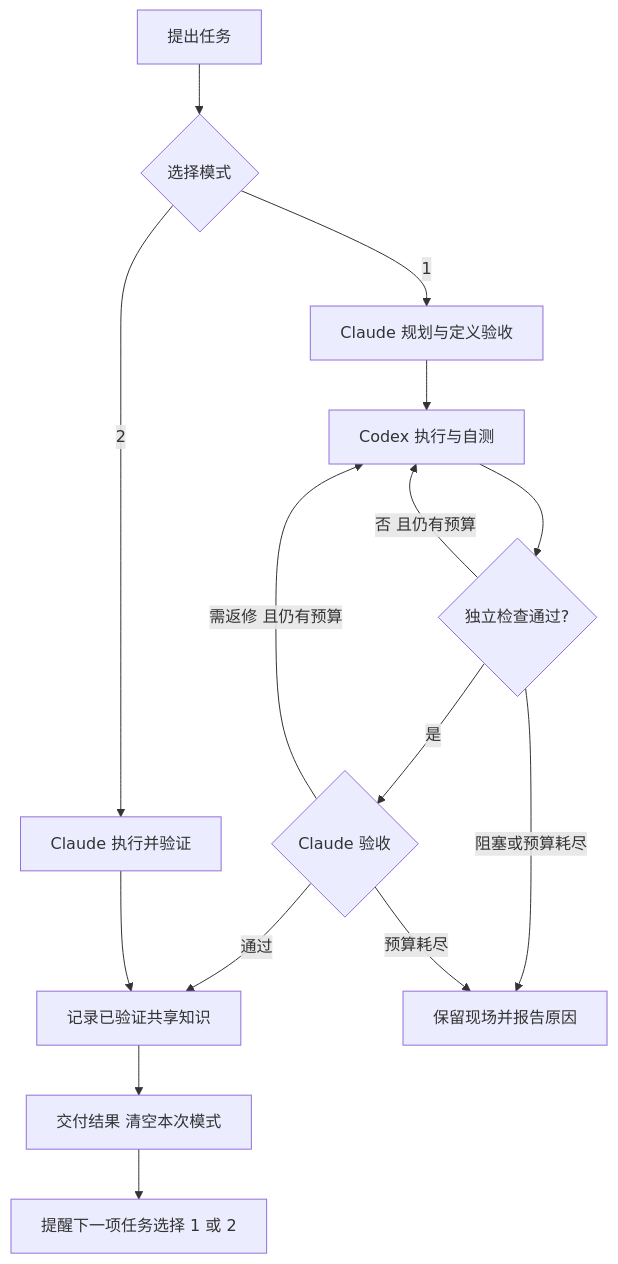
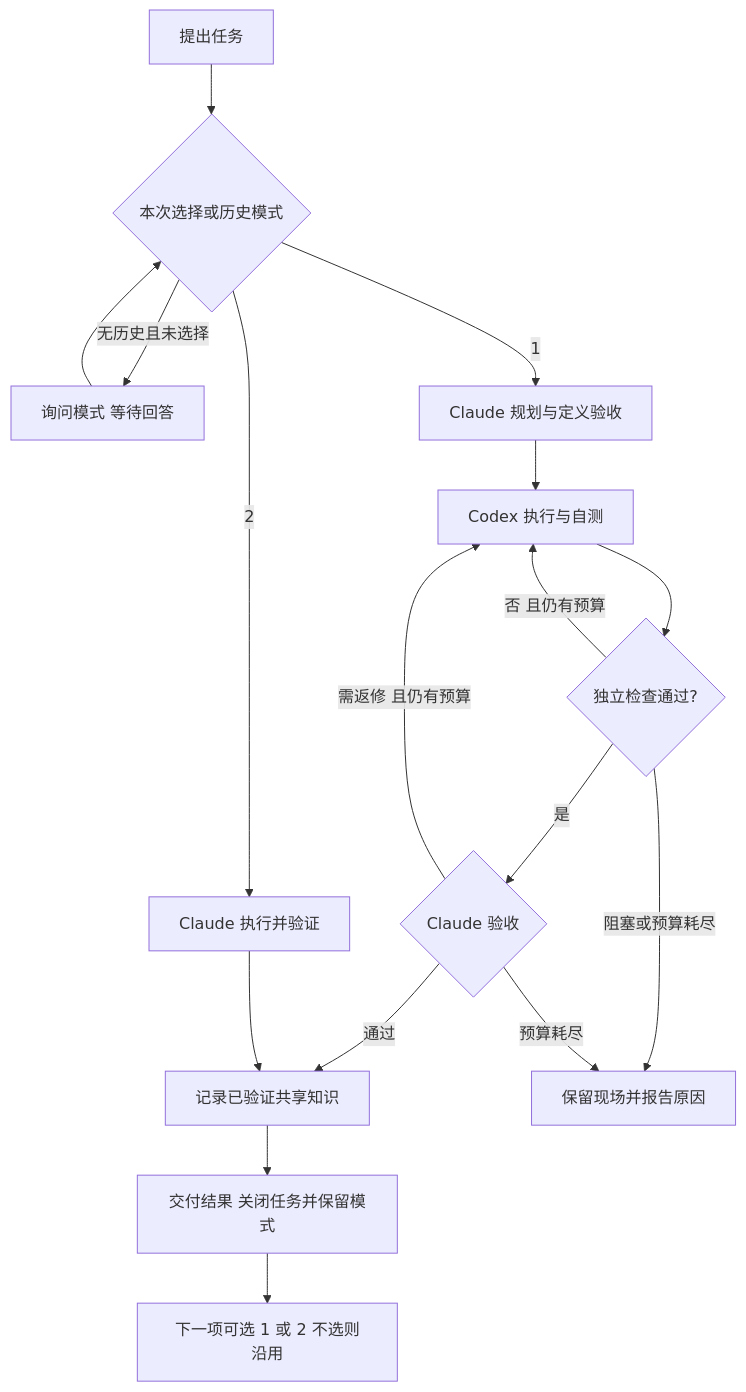
One commit to Yuwangzhi/claude-codex-loop changed the diagram in README.md. Above: the diagram before and after it, drawn with Mermaid. The commit also changed other lines of this file and 12 other files, not shown here.

````diff
--- a/README.md
+++ b/README.md
@@ -22,17 +22,19 @@
 ```mermaid
 flowchart TD
-    U[提出任务] --> S{选择模式}
+    U[提出任务] --> S{本次选择或历史模式}
+    S -->|无历史且未选择| Q[询问模式 等待回答]
+    Q --> S
     S -->|1| P[Claude 规划与定义验收]
     P --> E[Codex 执行与自测]
     E --> V{独立检查通过?}
     V -->|否 且仍有预算| E
     V -->|是| R{Claude 验收}
     R -->|需返修 且仍有预算| E
     R -->|通过| M[记录已验证共享知识]
     V -->|阻塞或预算耗尽| B[保留现场并报告原因]
     R -->|预算耗尽| B
     S -->|2| C[Claude 执行并验证]
     C --> M
-    M --> D[交付结果 清空本次模式]
-    D --> N[提醒下一项任务选择 1 或 2]
+    M --> D[交付结果 关闭任务并保留模式]
+    D --> N[下一项可选 1 或 2 不选则沿用]
 ```
````
